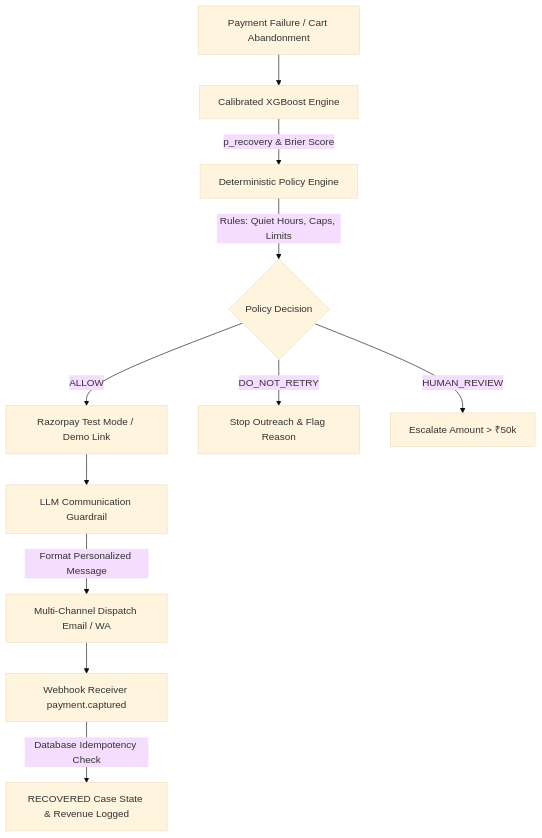
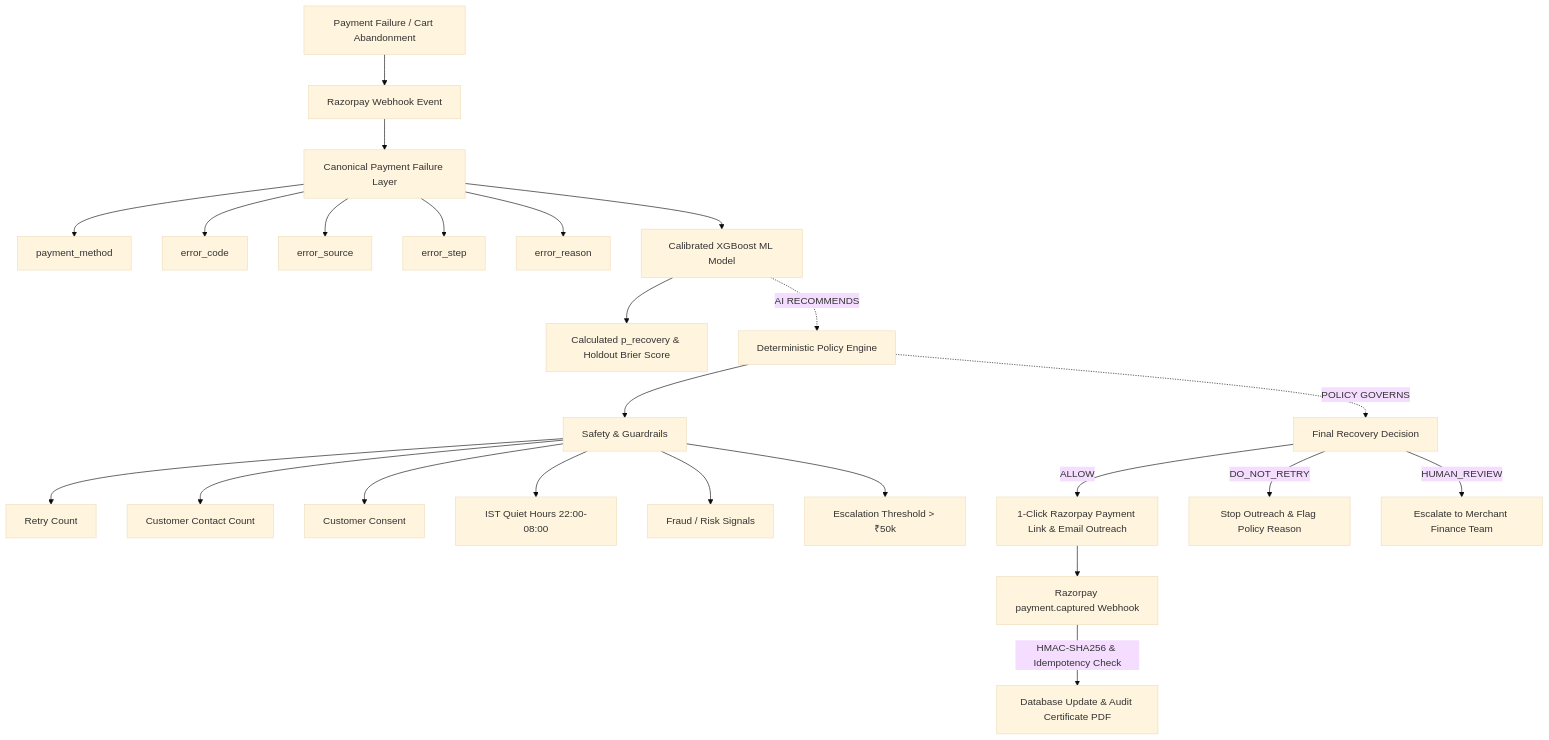
Before and after one commit to Bhavyakela07/recoverOS: the diagram in README.md, drawn with Mermaid (base theme). The commit also changed other lines of this file and 23 other files, not shown here.

````diff
--- a/README.md
+++ b/README.md
@@ -15,13 +67,33 @@
 ```mermaid
 flowchart TD
-    A[Payment Failure / Cart Abandonment] --> B[Calibrated XGBoost Engine]
-    B -->|p_recovery & Brier Score| C[Deterministic Policy Engine]
-    C -->|Rules: Quiet Hours, Caps, Limits| D{Policy Decision}
-    D -->|ALLOW| E[Razorpay Test Mode / Demo Link]
-    D -->|DO_NOT_RETRY| F[Stop Outreach & Flag Reason]
-    D -->|HUMAN_REVIEW| G[Escalate Amount > ₹50k]
-    E --> H[LLM Communication Guardrail]
-    H -->|Format Personalized Message| I[Multi-Channel Dispatch Email / WA]
-    I --> J[Webhook Receiver payment.captured]
-    J -->|Database Idempotency Check| K[RECOVERED Case State & Revenue Logged]
+    A[Payment Failure / Cart Abandonment] --> B[Razorpay Webhook Event]
+    B --> C[Canonical Payment Failure Layer]
+    
+    C --> C1[payment_method]
+    C --> C2[error_code]
+    C --> C3[error_source]
+    C --> C4[error_step]
+    C --> C5[error_reason]
+    
+    C --> D[Calibrated XGBoost ML Model]
+    D --> D1[Calculated p_recovery & Holdout Brier Score]
+    
+    D -.->|AI RECOMMENDS| E[Deterministic Policy Engine]
+    
+    E --> F[Safety & Guardrails]
+    F --> F1[Retry Count]
+    F --> F2[Customer Contact Count]
+    F --> F3[Customer Consent]
+    F --> F4[IST Quiet Hours 22:00-08:00]
+    F --> F5[Fraud / Risk Signals]
+    F --> F6[Escalation Threshold > ₹50k]
+    
+    E -.->|POLICY GOVERNS| G[Final Recovery Decision]
+    
+    G -->|ALLOW| H[1-Click Razorpay Payment Link & Email Outreach]
+    G -->|DO_NOT_RETRY| I[Stop Outreach & Flag Policy Reason]
+    G -->|HUMAN_REVIEW| J[Escalate to Merchant Finance Team]
+    
+    H --> K[Razorpay payment.captured Webhook]
+    K -->|HMAC-SHA256 & Idempotency Check| L[Database Update & Audit Certificate PDF]
 ```
````
